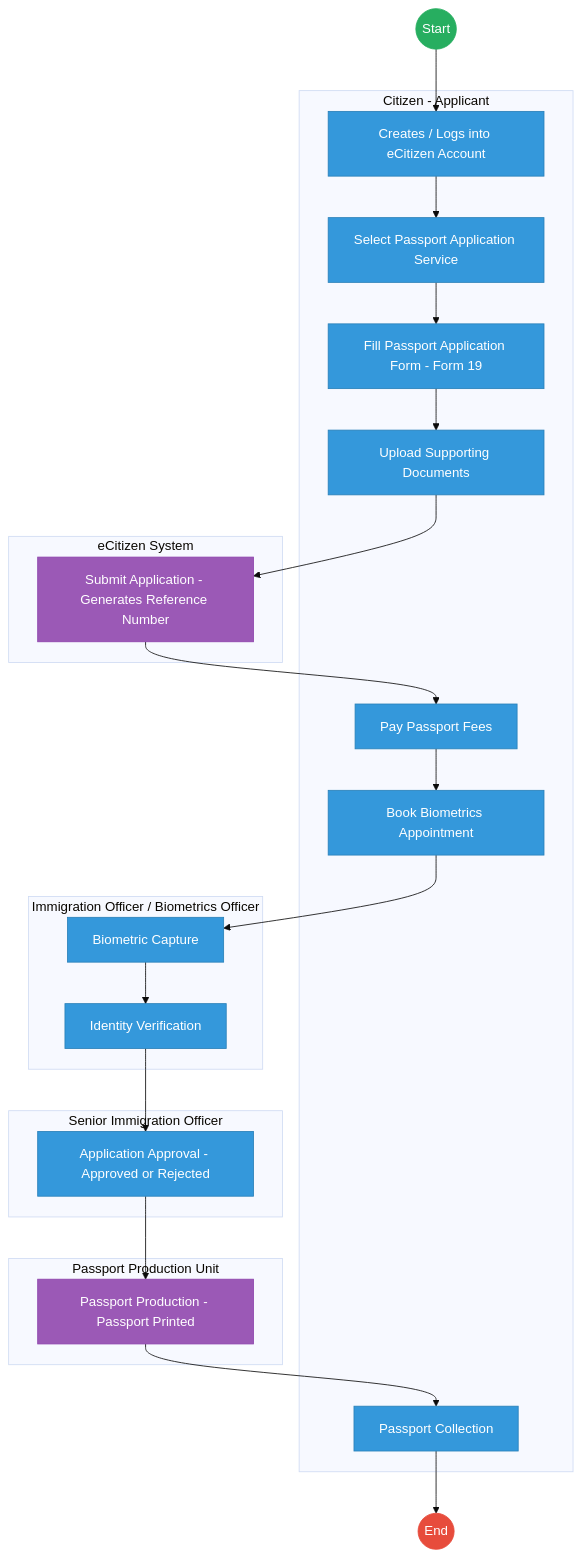
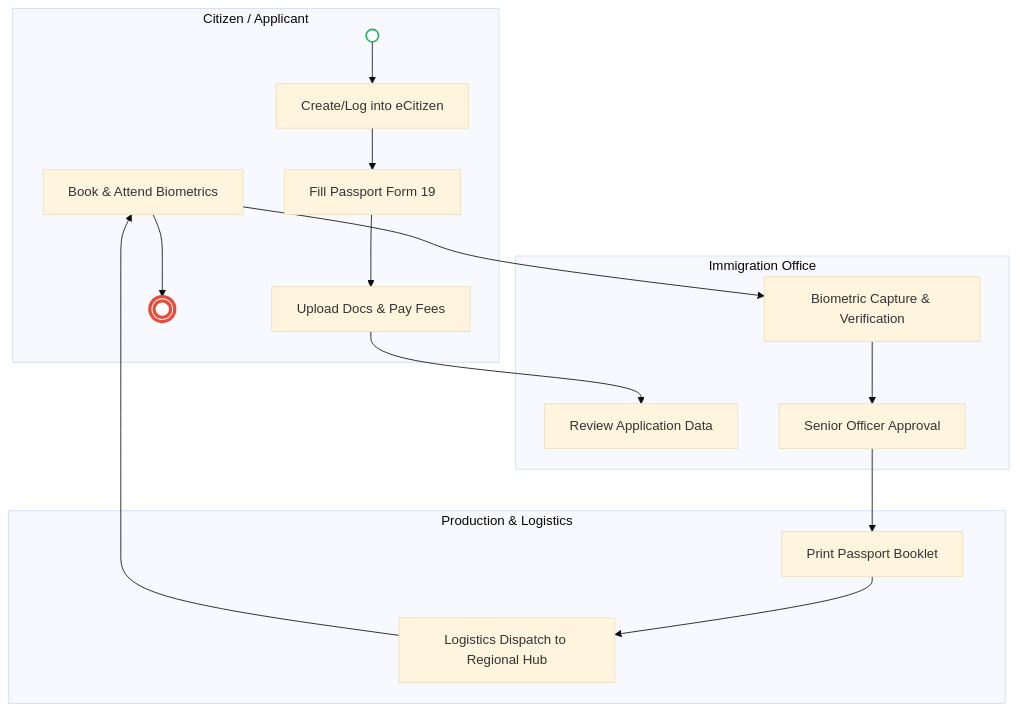
The first of 2 diagrams in mdas/docs_final/STATE_DEPARTMENT_FOR_IMMIGRATION_AND_CITIZEN_SERVICES___Passport_Application.md (BITZ-IT-Consulting-LTD/ictapoc), drawn with Mermaid (base theme) before and after one commit. The commit also changed other lines of this file and 13 other files, not shown here.

````diff
--- a/mdas/docs_final/STATE_DEPARTMENT_FOR_IMMIGRATION_AND_CITIZEN_SERVICES___Passport_Application.md
+++ b/mdas/docs_final/STATE_DEPARTMENT_FOR_IMMIGRATION_AND_CITIZEN_SERVICES___Passport_Application.md
@@ -35,53 +33,24 @@
 ```mermaid
-graph TD
-    Start((Start)) --> S1
-
-    subgraph Citizen [Citizen - Applicant]
-        S1["Creates / Logs into eCitizen Account"]
-        S2["Select Passport Application Service"]
-        S3["Fill Passport Application Form - Form 19"]
-        S4["Upload Supporting Documents"]
-        S6["Pay Passport Fees"]
-        S7["Book Biometrics Appointment"]
-        S12["Passport Collection"]
+flowchart TD
+    subgraph Citizen["Citizen / Applicant"]
+        Start(( )) --> A1[Create/Log into eCitizen]
+        A1 --> A2[Fill Passport Form 19]
+        A2 --> A3[Upload Docs & Pay Fees]
+        A6[Book & Attend Biometrics] --> End((( )))
     end
 
-    subgraph eCitizen_System [eCitizen System]
-        S5["Submit Application - Generates Reference Number"]
+    subgraph Office["Immigration Office"]
+        A3 --> B1[Review Application Data]
+        A6 --> B2[Biometric Capture & Verification]
+        B2 --> B3[Senior Officer Approval]
     end
 
-    subgraph Immigration_Office [Immigration Officer / Biometrics Officer]
-        S8["Biometric Capture"]
-        S9["Identity Verification"]
+    subgraph Hub["Production & Logistics"]
+        B3 --> C1[Print Passport Booklet]
+        C1 --> C2[Logistics Dispatch to Regional Hub]
+        C2 --> A6
     end
 
-    subgraph Immigration_Approval [Senior Immigration Officer]
-        S10["Application Approval - Approved or Rejected"]
-    end
-
-    subgraph Passport_Production [Passport Production Unit]
-        S11["Passport Production - Passport Printed"]
-    end
-
-    S1 --> S2
-    S2 --> S3
-    S3 --> S4
-    S4 --> S5
-    S5 --> S6
-    S6 --> S7
-    S7 --> S8
-    S8 --> S9
-    S9 --> S10
-    S10 --> S11
-    S11 --> S12
-    S12 --> End((End))
-
-    classDef start fill:#27ae60,stroke:#27ae60,color:#fff;
-    classDef endNode fill:#e74c3c,stroke:#e74c3c,color:#fff;
-    classDef userTask fill:#3498db,stroke:#2980b9,color:#fff;
-    classDef serviceTask fill:#9b59b6,stroke:#8e44ad,color:#fff;
-    class Start start;
-    class End endNode;
-    class S1,S2,S3,S4,S6,S7,S8,S9,S10,S12 userTask;
-    class S5,S11 serviceTask;
+    style Start fill:#fff,stroke:#27ae60,stroke-width:2px
+    style End fill:#fff,stroke:#e74c3c,stroke-width:4px
 ```
````
